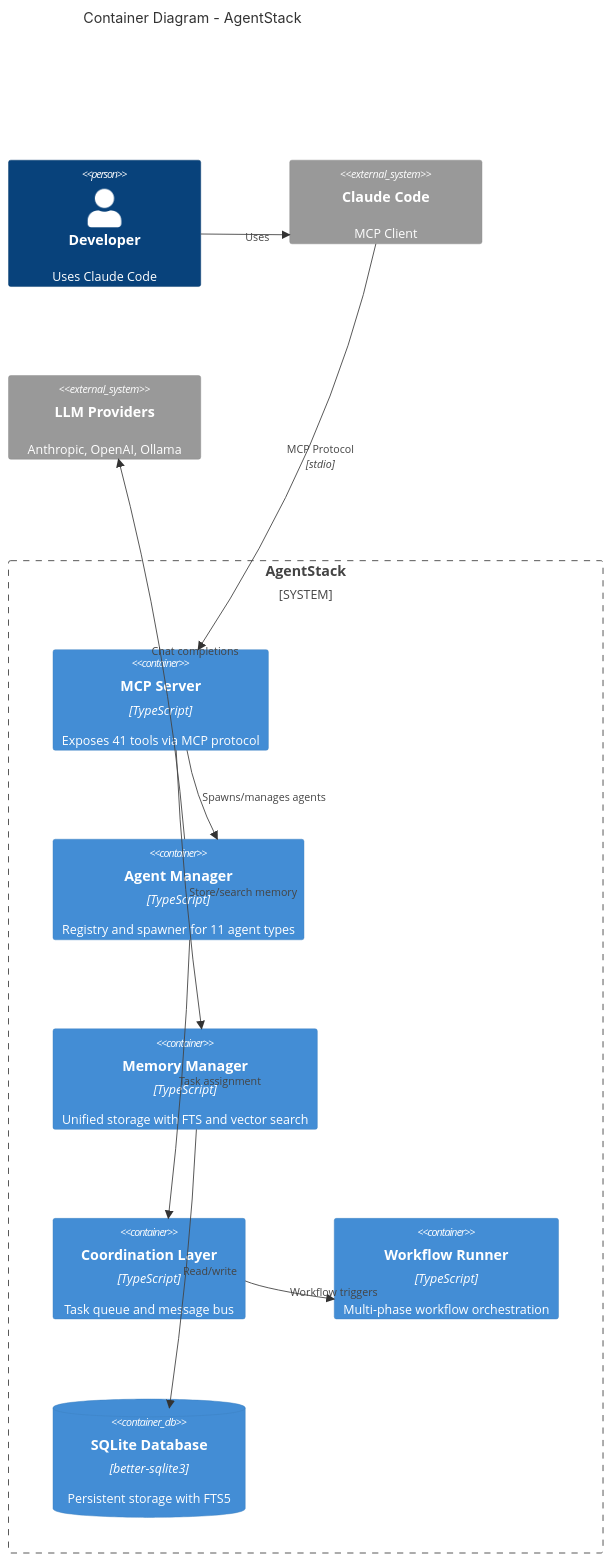
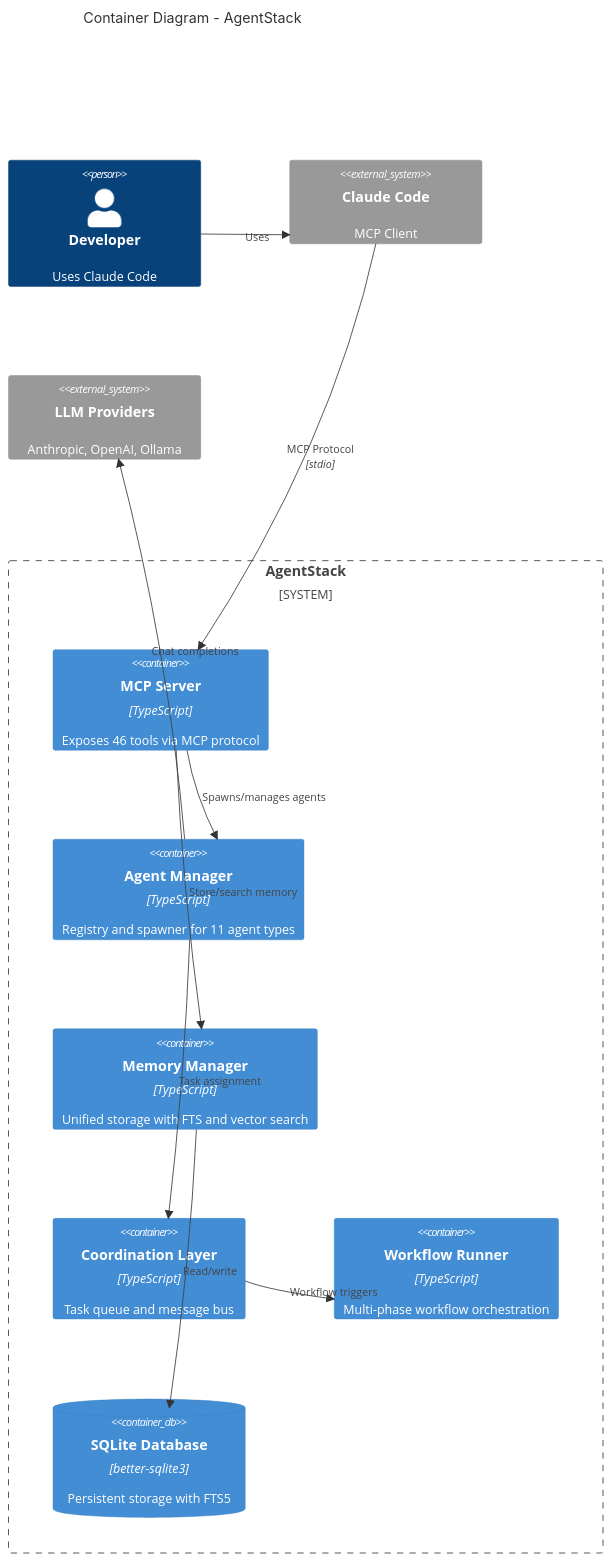
One commit to blackms/aistack changed the second of 5 diagrams in docs/ARCHITECTURE.md. Above: the diagram before and after it, drawn with Mermaid. The commit also changed 7 other files, not shown here.

````diff
--- a/docs/ARCHITECTURE.md
+++ b/docs/ARCHITECTURE.md
@@ -42,27 +42,27 @@
 ```mermaid
 C4Container
     title Container Diagram - AgentStack
 
     Person(developer, "Developer", "Uses Claude Code")
 
     System_Boundary(agentstack, "AgentStack") {
-        Container(mcp_server, "MCP Server", "TypeScript", "Exposes 41 tools via MCP protocol")
+        Container(mcp_server, "MCP Server", "TypeScript", "Exposes 46 tools via MCP protocol")
         Container(agent_manager, "Agent Manager", "TypeScript", "Registry and spawner for 11 agent types")
         Container(memory_manager, "Memory Manager", "TypeScript", "Unified storage with FTS and vector search")
         Container(coordination, "Coordination Layer", "TypeScript", "Task queue and message bus")
         Container(workflow_runner, "Workflow Runner", "TypeScript", "Multi-phase workflow orchestration")
         ContainerDb(sqlite_db, "SQLite Database", "better-sqlite3", "Persistent storage with FTS5")
     }
 
     System_Ext(claude_code, "Claude Code", "MCP Client")
     System_Ext(llm_providers, "LLM Providers", "Anthropic, OpenAI, Ollama")
 
     Rel(developer, claude_code, "Uses")
     Rel(claude_code, mcp_server, "MCP Protocol", "stdio")
     Rel(mcp_server, agent_manager, "Spawns/manages agents")
     Rel(mcp_server, memory_manager, "Store/search memory")
     Rel(agent_manager, coordination, "Task assignment")
     Rel(coordination, workflow_runner, "Workflow triggers")
     Rel(memory_manager, sqlite_db, "Read/write")
     Rel(agent_manager, llm_providers, "Chat completions")
 ```
````
